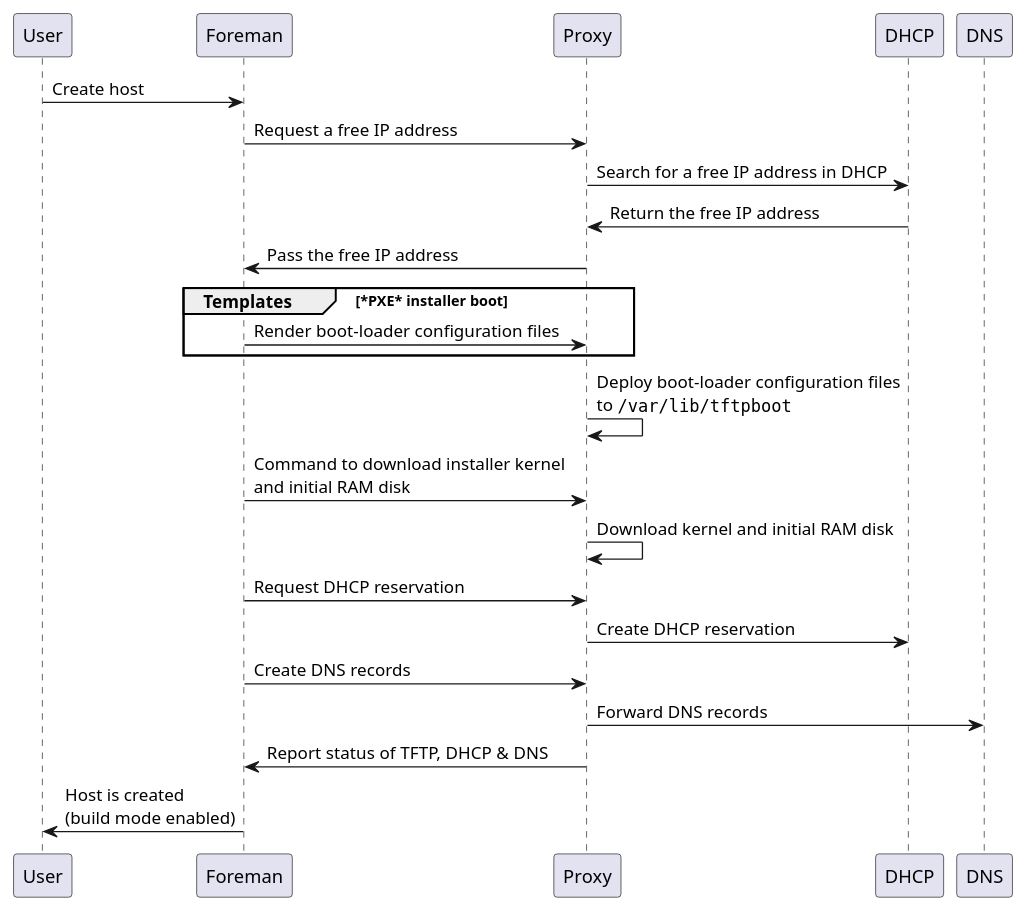
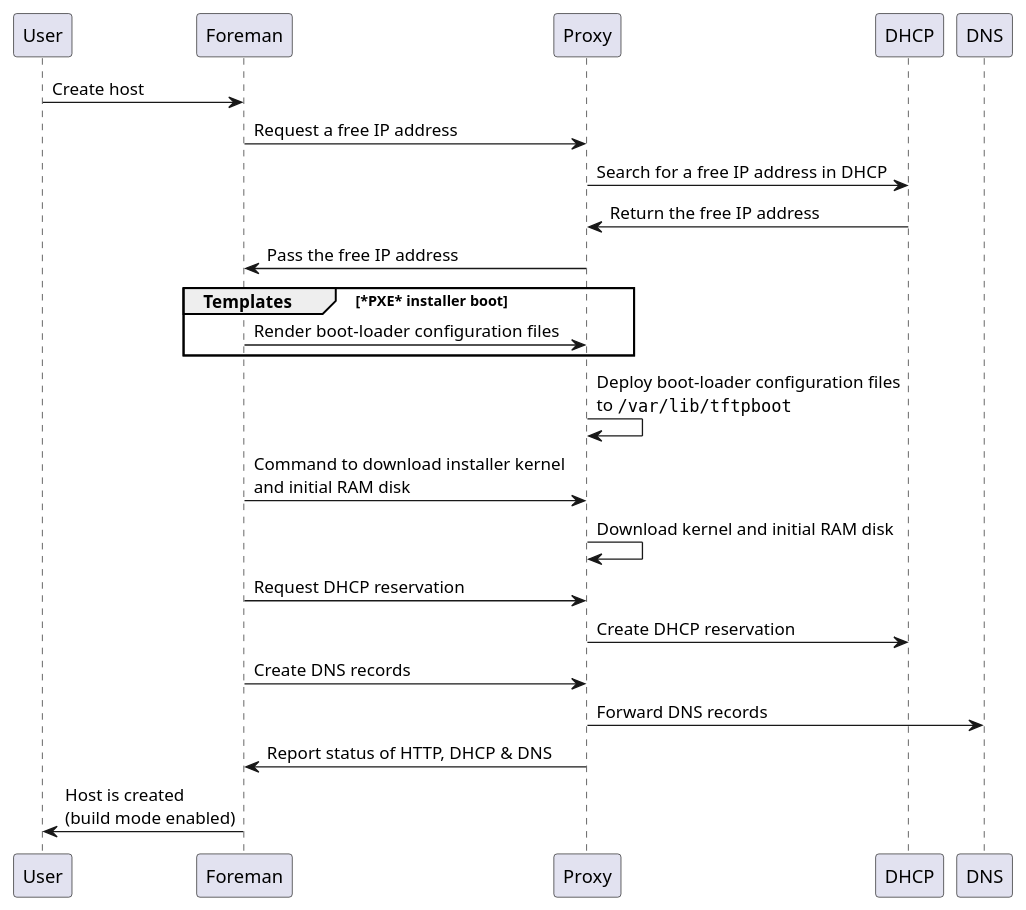
One commit to theforeman/foreman-documentation changed the diagram in guides/image-sources/prov-create-host-http.iuml. Above: the diagram before and after it, drawn with PlantUML.

Commit message:
Use HTTP instead of TFTP

```diff
--- a/guides/image-sources/prov-create-host-http.iuml
+++ b/guides/image-sources/prov-create-host-http.iuml
@@ -1,17 +1,17 @@
 User -> Foreman : Create host
 Foreman -> Proxy : Request a free IP address
 Proxy -> DHCP : Search for a free IP address in DHCP
 DHCP -> Proxy : Return the free IP address
 Proxy -> Foreman : Pass the free IP address
 group Templates [*PXE* installer boot]
     Foreman -> Proxy : Render boot-loader configuration files
 end
 Proxy -> Proxy : Deploy boot-loader configuration files\nto ""/var/lib/tftpboot""
 Foreman -> Proxy : Command to download installer kernel\nand initial RAM disk
 Proxy -> Proxy : Download kernel and initial RAM disk
 Foreman -> Proxy : Request DHCP reservation
 Proxy -> DHCP : Create DHCP reservation
 Foreman -> Proxy : Create DNS records
 Proxy -> DNS : Forward DNS records
-Proxy -> Foreman : Report status of TFTP, DHCP & DNS
+Proxy -> Foreman : Report status of HTTP, DHCP & DNS
 Foreman -> User : Host is created\n(build mode enabled)
```
